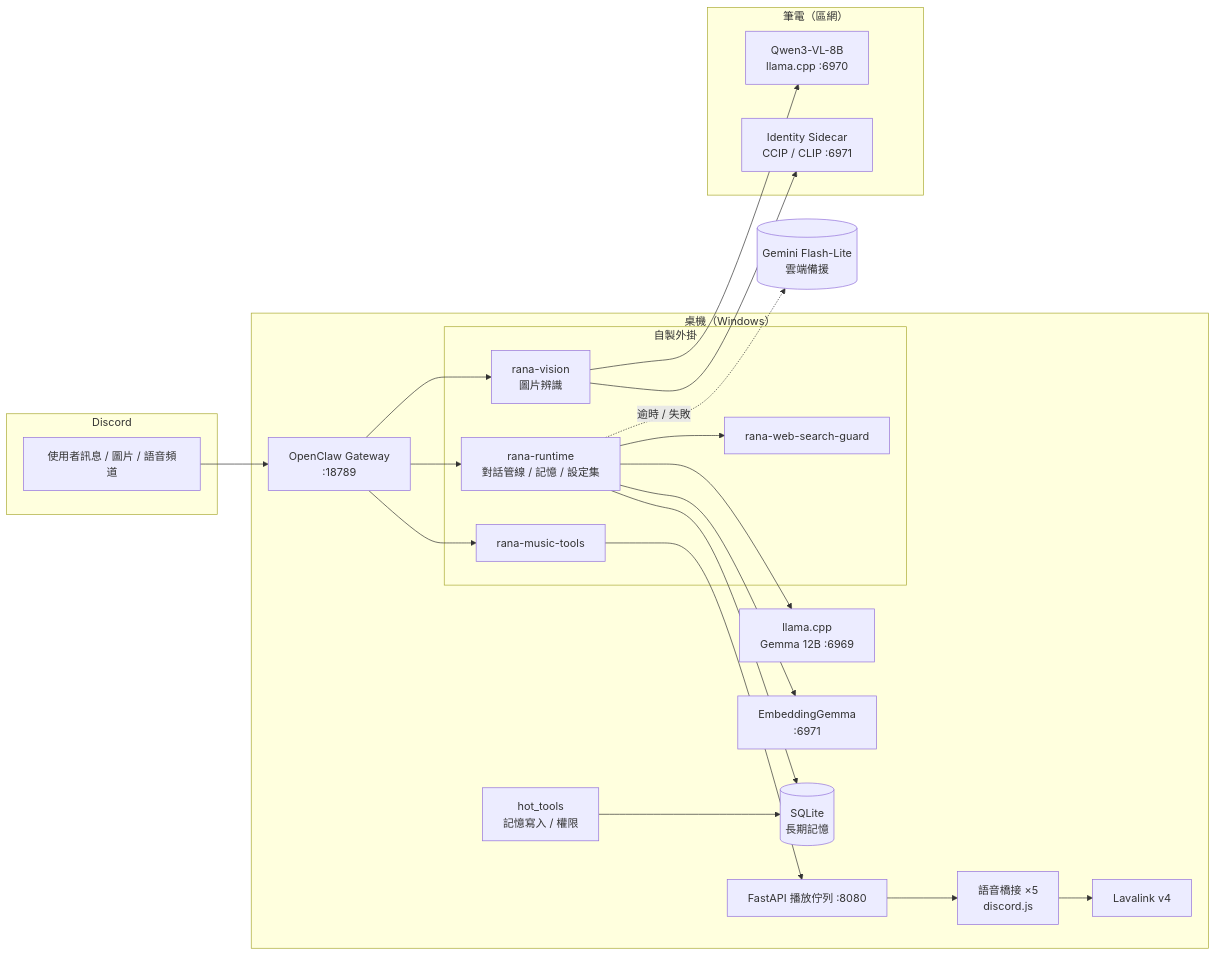
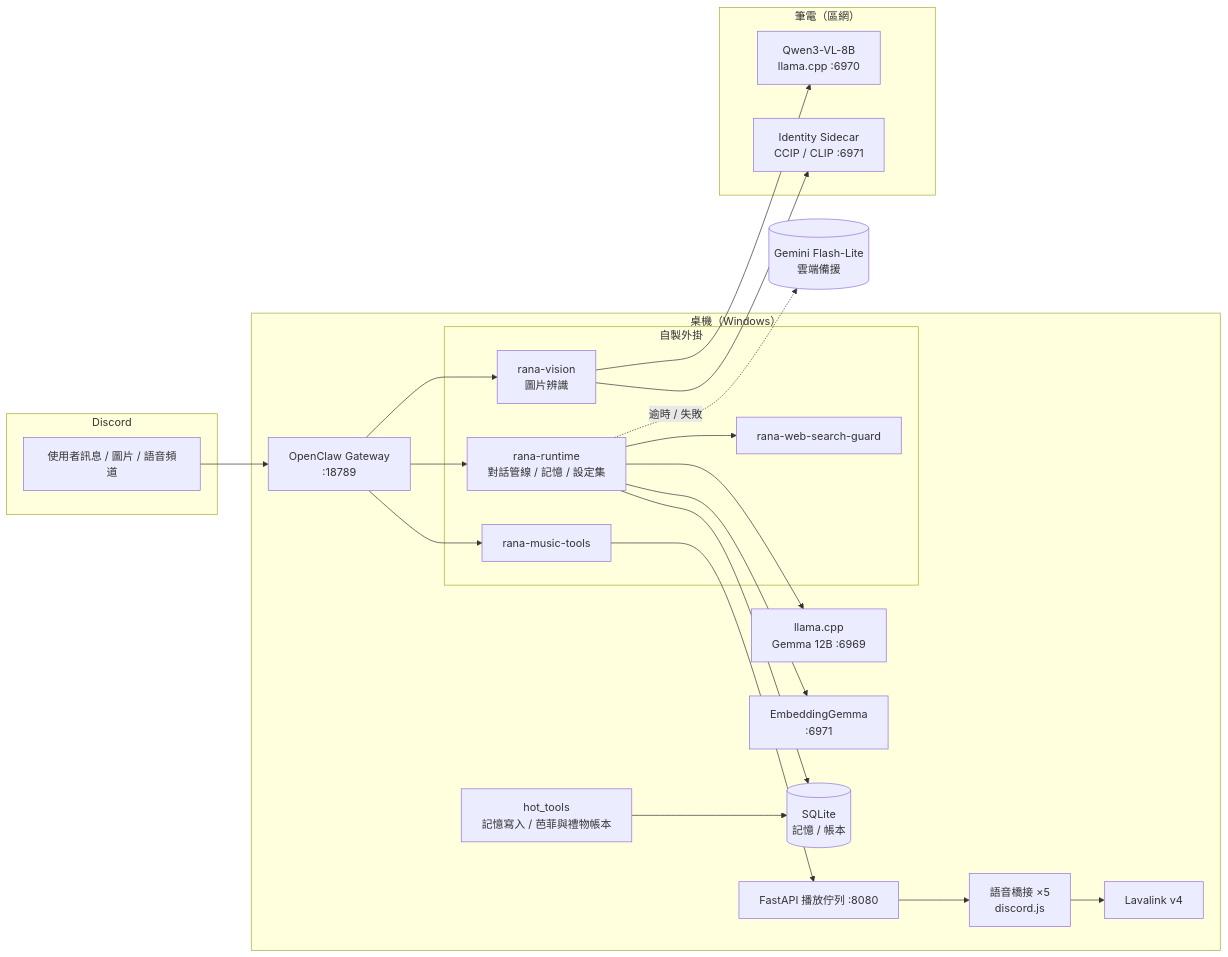
One commit to lce52147/rana-ai-agent changed the first of 4 diagrams in README.md. Above: the diagram before and after it, drawn with Mermaid. The commit also changed other lines of this file and 22 other files, not shown here.

````diff
--- a/README.md
+++ b/README.md
@@ -24,41 +55,41 @@
 ```mermaid
 flowchart LR
   subgraph Discord
     U[使用者訊息 / 圖片 / 語音頻道]
   end
 
   subgraph Desktop["桌機（Windows）"]
     GW[OpenClaw Gateway<br/>:18789]
     subgraph Plugins["自製外掛"]
       RT[rana-runtime<br/>對話管線 / 記憶 / 設定集]
       VI[rana-vision<br/>圖片辨識]
       MU[rana-music-tools]
       WS[rana-web-search-guard]
     end
     LL[llama.cpp<br/>Gemma 12B :6969]
     EM[EmbeddingGemma<br/>:6971]
-    DB[(SQLite<br/>長期記憶)]
-    HT[hot_tools<br/>記憶寫入 / 權限]
+    DB[(SQLite<br/>記憶 / 帳本)]
+    HT[hot_tools<br/>記憶寫入 / 芭菲與禮物帳本]
     LIVE[FastAPI 播放佇列 :8080]
     VB[語音橋接 ×5<br/>discord.js]
     LV[Lavalink v4]
   end
 
   subgraph Laptop["筆電（區網）"]
     VLM[Qwen3-VL-8B<br/>llama.cpp :6970]
     SC[Identity Sidecar<br/>CCIP / CLIP :6971]
   end
 
   GEM[(Gemini Flash-Lite<br/>雲端備援)]
 
   U --> GW --> RT
   RT --> LL
   RT -. 逾時 / 失敗 .-> GEM
   RT --> EM
   RT --> DB
   HT --> DB
   GW --> VI --> VLM
   VI --> SC
   GW --> MU --> LIVE --> VB --> LV
   RT --> WS
 ```
````
